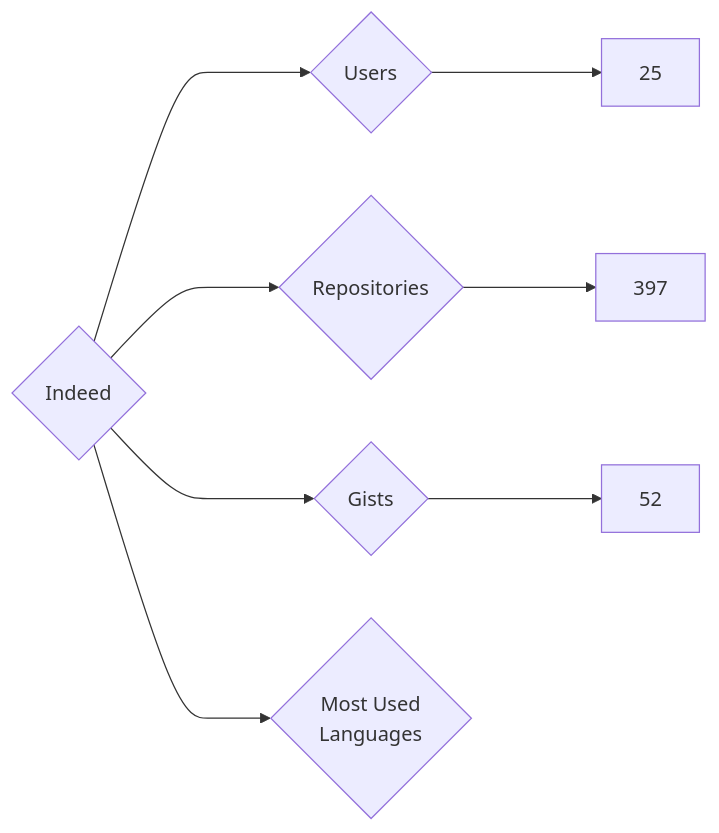
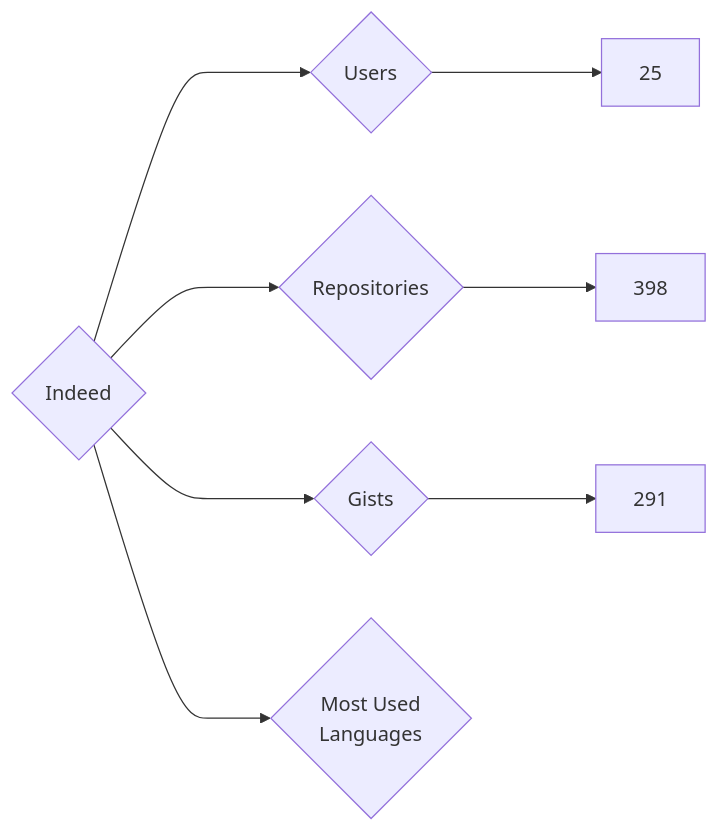
Before and after one commit to nenadzaric/insiders: the diagram in targets/Indeed/README.md, drawn with Mermaid. The commit also changed 1342 other files, not shown here.

````diff
--- a/targets/Indeed/README.md
+++ b/targets/Indeed/README.md
@@ -3,8 +3,8 @@
 ```mermaid
 graph LR
 COMPANY_NAME{Indeed}
 COMPANY_NAME ---> U{Users} ---> UN[25]
-COMPANY_NAME ---> R{Repositories} ---> RN[397]
-COMPANY_NAME ---> G{Gists} ---> GN[52]
+COMPANY_NAME ---> R{Repositories} ---> RN[398]
+COMPANY_NAME ---> G{Gists} ---> GN[291]
 COMPANY_NAME ---> ML{Most Used<br>Languages}
 ```
````
